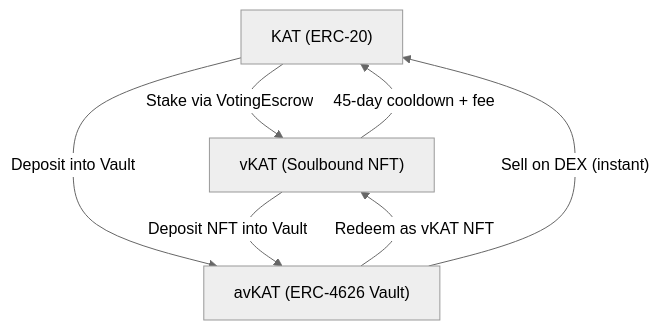
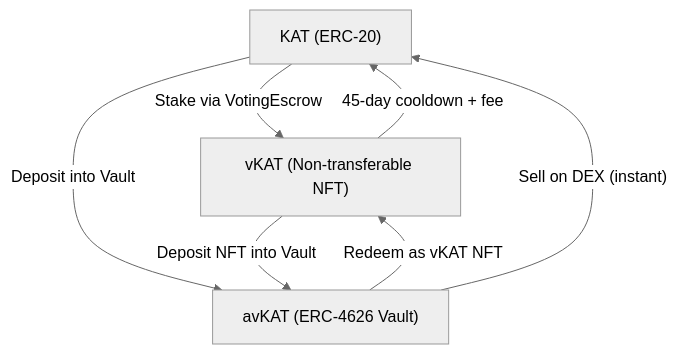
One commit to katana-network/katana-docs changed the diagram in docs/katana/how-to/kat-token-overview.md. Above: the diagram before and after it, drawn with Mermaid (neutral theme). The commit also changed other lines of this file and 9 other files, not shown here.

````diff
--- a/docs/katana/how-to/kat-token-overview.md
+++ b/docs/katana/how-to/kat-token-overview.md
@@ -93,13 +145,13 @@
 ```mermaid
 graph TD
     KAT["KAT (ERC-20)"]
-    vKAT["vKAT (Soulbound NFT)"]
+    vKAT["vKAT (Non-transferable NFT)"]
     avKAT["avKAT (ERC-4626 Vault)"]
 
     KAT -->|"Stake via VotingEscrow"| vKAT
     KAT -->|"Deposit into Vault"| avKAT
     vKAT -->|"Deposit NFT into Vault"| avKAT
     vKAT -->|"45-day cooldown + fee"| KAT
     avKAT -->|"Redeem as vKAT NFT"| vKAT
     avKAT -->|"Sell on DEX (instant)"| KAT
 ```
````
